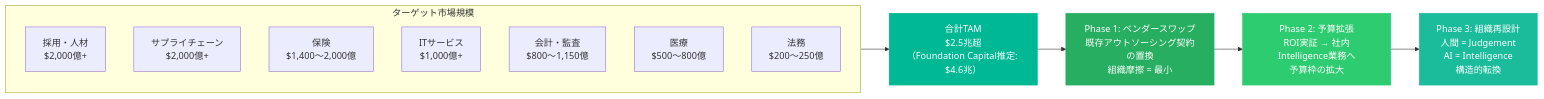
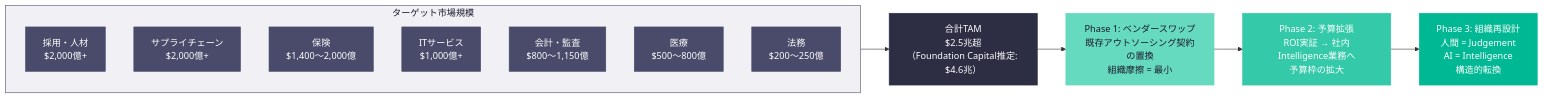
Before and after one commit to Leading-AI-IO/saas-is-dead-the-next-ai-business-model: the eighth of 10 diagrams in docs/jp/saas-is-dead_JP.md, drawn with Mermaid. The commit also changed other lines of this file, not shown here.

````diff
--- a/docs/jp/saas-is-dead_JP.md
+++ b/docs/jp/saas-is-dead_JP.md
@@ -783,24 +802,32 @@
 ```mermaid
 flowchart LR
     subgraph TAM["ターゲット市場規模"]
         direction TB
         T1["採用・人材\n$2,000億+"]
         T2["サプライチェーン\n$2,000億+"]
         T3["保険\n$1,400〜2,000億"]
         T4["ITサービス\n$1,000億+"]
         T5["会計・監査\n$800〜1,150億"]
         T6["医療\n$500〜800億"]
         T7["法務\n$200〜250億"]
     end
 
     TAM --> TOTAL["合計TAM\n$2.5兆超\n（Foundation Capital推定: $4.6兆）"]
 
     TOTAL --> PHASE1["Phase 1: ベンダースワップ\n既存アウトソーシング契約の置換\n組織摩擦 = 最小"]
     PHASE1 --> PHASE2["Phase 2: 予算拡張\nROI実証 → 社内Intelligence業務へ\n予算枠の拡大"]
     PHASE2 --> PHASE3["Phase 3: 組織再設計\n人間 = Judgement\nAI = Intelligence\n構造的転換"]
 
-    style TOTAL fill:#00b894,stroke:#00b894,color:#fff
-    style PHASE1 fill:#27ae60,stroke:#27ae60,color:#fff
-    style PHASE2 fill:#2ecc71,stroke:#2ecc71,color:#fff
-    style PHASE3 fill:#1abc9c,stroke:#1abc9c,color:#fff
+    style TAM fill:#f0f0f5,stroke:#4a4a6a,color:#1a1a2e
+    style T1 fill:#4a4a6a,stroke:#4a4a6a,color:#fff
+    style T2 fill:#4a4a6a,stroke:#4a4a6a,color:#fff
+    style T3 fill:#4a4a6a,stroke:#4a4a6a,color:#fff
+    style T4 fill:#4a4a6a,stroke:#4a4a6a,color:#fff
+    style T5 fill:#4a4a6a,stroke:#4a4a6a,color:#fff
+    style T6 fill:#4a4a6a,stroke:#4a4a6a,color:#fff
+    style T7 fill:#4a4a6a,stroke:#4a4a6a,color:#fff
+    style TOTAL fill:#2d2d44,stroke:#2d2d44,color:#fff
+    style PHASE1 fill:#66dabe,stroke:#66dabe,color:#1a1a2e
+    style PHASE2 fill:#33c9a9,stroke:#33c9a9,color:#fff
+    style PHASE3 fill:#00b894,stroke:#00b894,color:#fff
 ```
````
